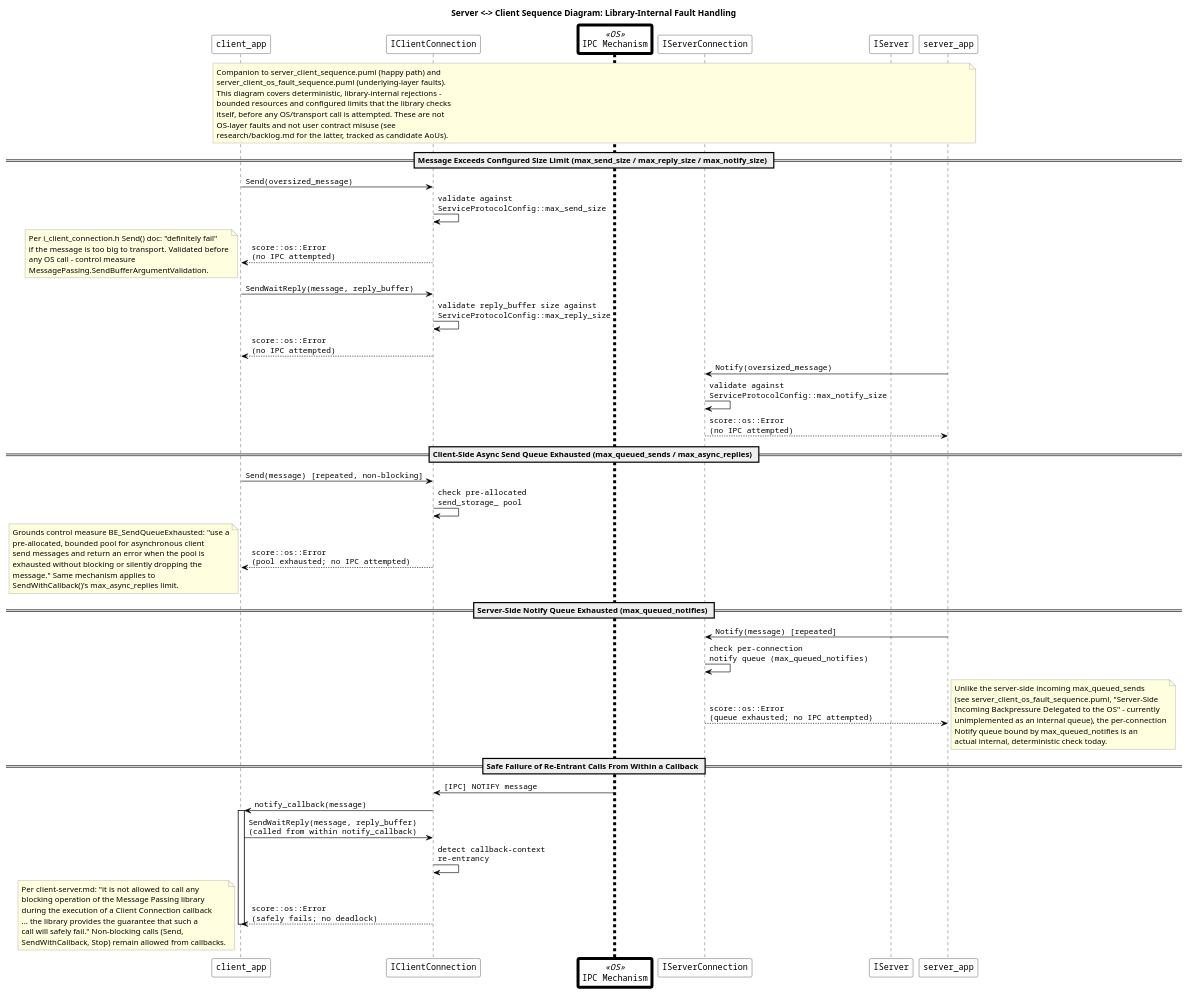
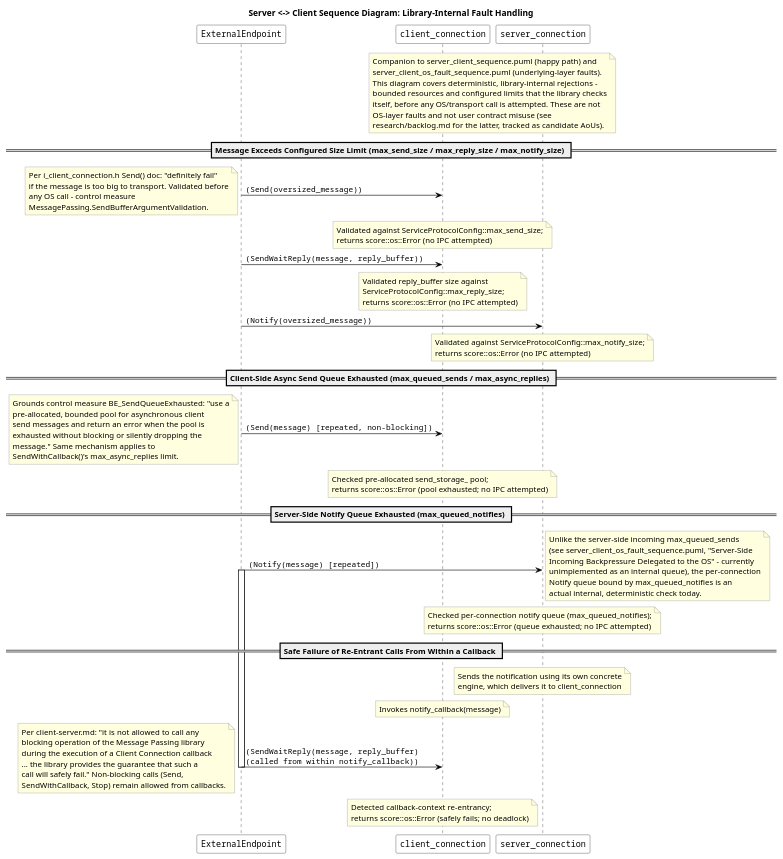
The diagram in score/message_passing/dependability/software_architectural_design/server_client_internal_fault_sequence.puml (eclipse-score/communication), drawn with PlantUML before and after one commit. The commit also changed 13 other files, not shown here.

Commit message:
message_passing: wire in architectural design

```diff
--- a/score/message_passing/dependability/software_architectural_design/server_client_internal_fault_sequence.puml
+++ b/score/message_passing/dependability/software_architectural_design/server_client_internal_fault_sequence.puml
@@ -14,115 +14,72 @@
 @startuml
 
 <style>
 .OS {
     LineThickness 5.0
 }
 </style>
 
 skinparam sequenceArrowColor Black
 skinparam sequenceParticipantBackgroundColor White
 skinparam sequenceParticipantBorderColor Black
 skinparam sequenceLifeLineBorderColor Black
 skinparam sequenceGroupBorderColor DarkGray
 skinparam sequenceGroupBodyBackgroundColor #FAFAFA
 skinparam NoteBackgroundColor LightYellow
 skinparam NoteBorderColor Gray
 skinparam NoteTextAlignment left
 skinparam ParticipantFontName Courier
 skinparam sequenceFontName Courier
 skinparam ArrowFontName Courier
 
 title Server <-> Client Sequence Diagram: Library-Internal Fault Handling
 
-note over client_app, server_app
-  Companion to server_client_sequence.puml (happy path) and
-  server_client_os_fault_sequence.puml (underlying-layer faults).
-  This diagram covers deterministic, library-internal rejections -
-  bounded resources and configured limits that the library checks
-  itself, before any OS/transport call is attempted. These are not
-  OS-layer faults and not user contract misuse (see
-  research/backlog.md for the latter, tracked as candidate AoUs).
-end note
+note over client_connection, server_connection : Companion to server_client_sequence.puml (happy path) and\nserver_client_os_fault_sequence.puml (underlying-layer faults).\nThis diagram covers deterministic, library-internal rejections -\nbounded resources and configured limits that the library checks\nitself, before any OS/transport call is attempted. These are not\nOS-layer faults and not user contract misuse (see\nresearch/backlog.md for the latter, tracked as candidate AoUs).
 
-participant "ClientApp" as client_app
-participant "IClientConnection" as client_conn
-participant "IPC Mechanism"  as os <<OS>>
-participant "IServerConnection" as server_conn
-participant "IServer" as server
-participant "ServerApp" as server_app
+participant "ExternalEndpoint" as ExternalEndpoint
+participant "ClientConnection" as client_connection
+participant "ServerConnection" as server_connection
 
 ' -----------------------------------------------------------------
 == Message Exceeds Configured Size Limit (max_send_size / max_reply_size / max_notify_size) ==
 ' -----------------------------------------------------------------
 
-client_app -> client_conn : Send(oversized_message)
-client_conn -> client_conn : validate against\nServiceProtocolConfig::max_send_size
-client_conn --> client_app : score::os::Error\n(no IPC attempted)
-note left
-  Per i_client_connection.h Send() doc: "definitely fail"
-  if the message is too big to transport. Validated before
-  any OS call - control measure
-  MessagePassing.SendBufferArgumentValidation.
-end note
+ExternalEndpoint -> client_connection : (Send(oversized_message))
+note over client_connection : Validated against ServiceProtocolConfig::max_send_size;\nreturns score::os::Error (no IPC attempted)
+note left : Per i_client_connection.h Send() doc: "definitely fail"\nif the message is too big to transport. Validated before\nany OS call - control measure\nMessagePassing.SendBufferArgumentValidation.
 
-client_app -> client_conn : SendWaitReply(message, reply_buffer)
-client_conn -> client_conn : validate reply_buffer size against\nServiceProtocolConfig::max_reply_size
-client_conn --> client_app : score::os::Error\n(no IPC attempted)
+ExternalEndpoint -> client_connection : (SendWaitReply(message, reply_buffer))
+note over client_connection : Validated reply_buffer size against\nServiceProtocolConfig::max_reply_size;\nreturns score::os::Error (no IPC attempted)
 
-server_app -> server_conn : Notify(oversized_message)
-server_conn -> server_conn : validate against\nServiceProtocolConfig::max_notify_size
-server_conn --> server_app : score::os::Error\n(no IPC attempted)
+ExternalEndpoint -> server_connection : (Notify(oversized_message))
+note over server_connection : Validated against ServiceProtocolConfig::max_notify_size;\nreturns score::os::Error (no IPC attempted)
 
 ' -----------------------------------------------------------------
 == Client-Side Async Send Queue Exhausted (max_queued_sends / max_async_replies) ==
 ' -----------------------------------------------------------------
 
-client_app -> client_conn : Send(message) [repeated, non-blocking]
-client_conn -> client_conn : check pre-allocated\nsend_storage_ pool
-client_conn --> client_app : score::os::Error\n(pool exhausted; no IPC attempted)
-note left
-  Grounds control measure BE_SendQueueExhausted: "use a
-  pre-allocated, bounded pool for asynchronous client
-  send messages and return an error when the pool is
-  exhausted without blocking or silently dropping the
-  message." Same mechanism applies to
-  SendWithCallback()'s max_async_replies limit.
-end note
+ExternalEndpoint -> client_connection : (Send(message) [repeated, non-blocking])
+note over client_connection : Checked pre-allocated send_storage_ pool;\nreturns score::os::Error (pool exhausted; no IPC attempted)
+note left : Grounds control measure BE_SendQueueExhausted: "use a\npre-allocated, bounded pool for asynchronous client\nsend messages and return an error when the pool is\nexhausted without blocking or silently dropping the\nmessage." Same mechanism applies to\nSendWithCallback()'s max_async_replies limit.
 
 ' -----------------------------------------------------------------
 == Server-Side Notify Queue Exhausted (max_queued_notifies) ==
 ' -----------------------------------------------------------------
 
-server_app -> server_conn : Notify(message) [repeated]
-server_conn -> server_conn : check per-connection\nnotify queue (max_queued_notifies)
-server_conn --> server_app : score::os::Error\n(queue exhausted; no IPC attempted)
-note right
-  Unlike the server-side incoming max_queued_sends
-  (see server_client_os_fault_sequence.puml, "Server-Side
-  Incoming Backpressure Delegated to the OS" - currently
-  unimplemented as an internal queue), the per-connection
-  Notify queue bound by max_queued_notifies is an
-  actual internal, deterministic check today.
-end note
+ExternalEndpoint -> server_connection : (Notify(message) [repeated])
+note over server_connection : Checked per-connection notify queue (max_queued_notifies);\nreturns score::os::Error (queue exhausted; no IPC attempted)
+note right : Unlike the server-side incoming max_queued_sends\n(see server_client_os_fault_sequence.puml, "Server-Side\nIncoming Backpressure Delegated to the OS" - currently\nunimplemented as an internal queue), the per-connection\nNotify queue bound by max_queued_notifies is an\nactual internal, deterministic check today.
 
 ' -----------------------------------------------------------------
 == Safe Failure of Re-Entrant Calls From Within a Callback ==
 ' -----------------------------------------------------------------
 
-os -> client_conn : [IPC] NOTIFY message
-client_conn -> client_app : notify_callback(message)
-activate client_app
-client_app -> client_conn : SendWaitReply(message, reply_buffer)\n(called from within notify_callback)
-client_conn -> client_conn : detect callback-context\nre-entrancy
-client_conn --> client_app : score::os::Error\n(safely fails; no deadlock)
-deactivate client_app
-note left
-  Per client-server.md: "it is not allowed to call any
-  blocking operation of the Message Passing library
-  during the execution of a Client Connection callback
-  ... the library provides the guarantee that such a
-  call will safely fail." Non-blocking calls (Send,
-  SendWithCallback, Stop) remain allowed from callbacks.
-end note
+note over server_connection : Sends the notification using its own concrete\nengine, which delivers it to client_connection
+note over client_connection : Invokes notify_callback(message)
+activate ExternalEndpoint
+ExternalEndpoint -> client_connection : (SendWaitReply(message, reply_buffer)\n(called from within notify_callback))
+note over client_connection : Detected callback-context re-entrancy;\nreturns score::os::Error (safely fails; no deadlock)
+deactivate ExternalEndpoint
+note left : Per client-server.md: "it is not allowed to call any\nblocking operation of the Message Passing library\nduring the execution of a Client Connection callback\n... the library provides the guarantee that such a\ncall will safely fail." Non-blocking calls (Send,\nSendWithCallback, Stop) remain allowed from callbacks.
 
 @enduml
```
